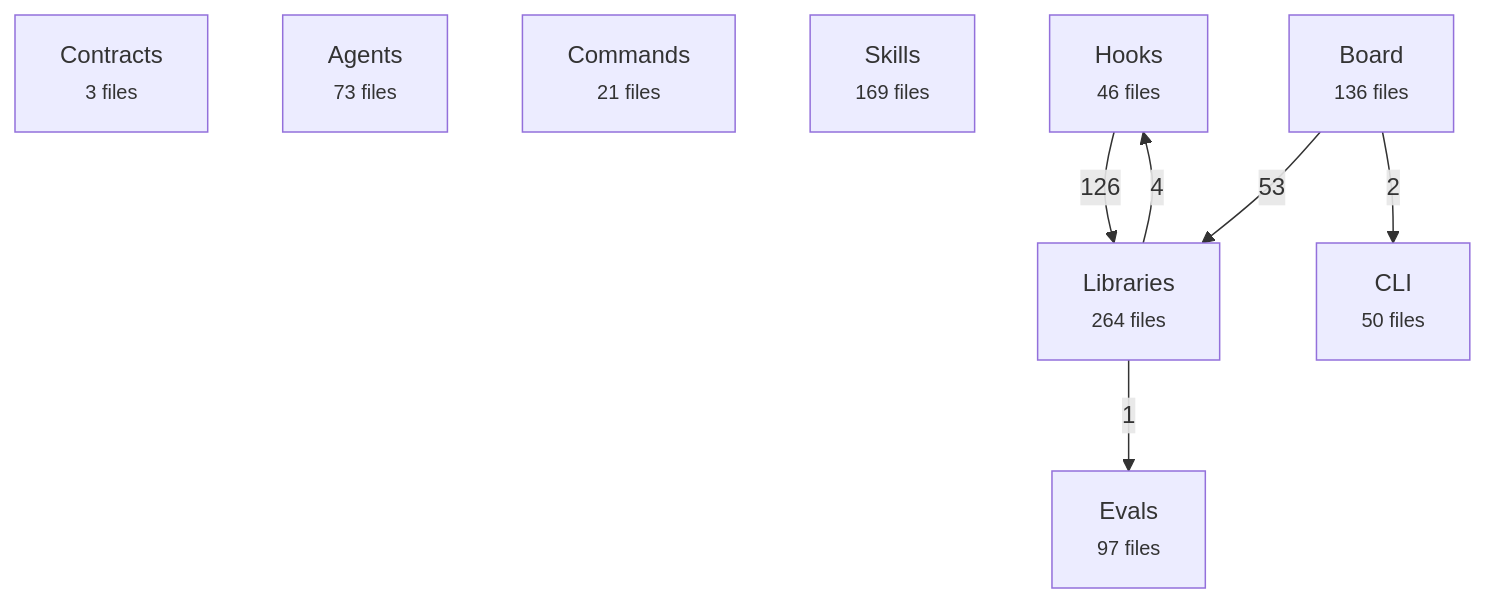
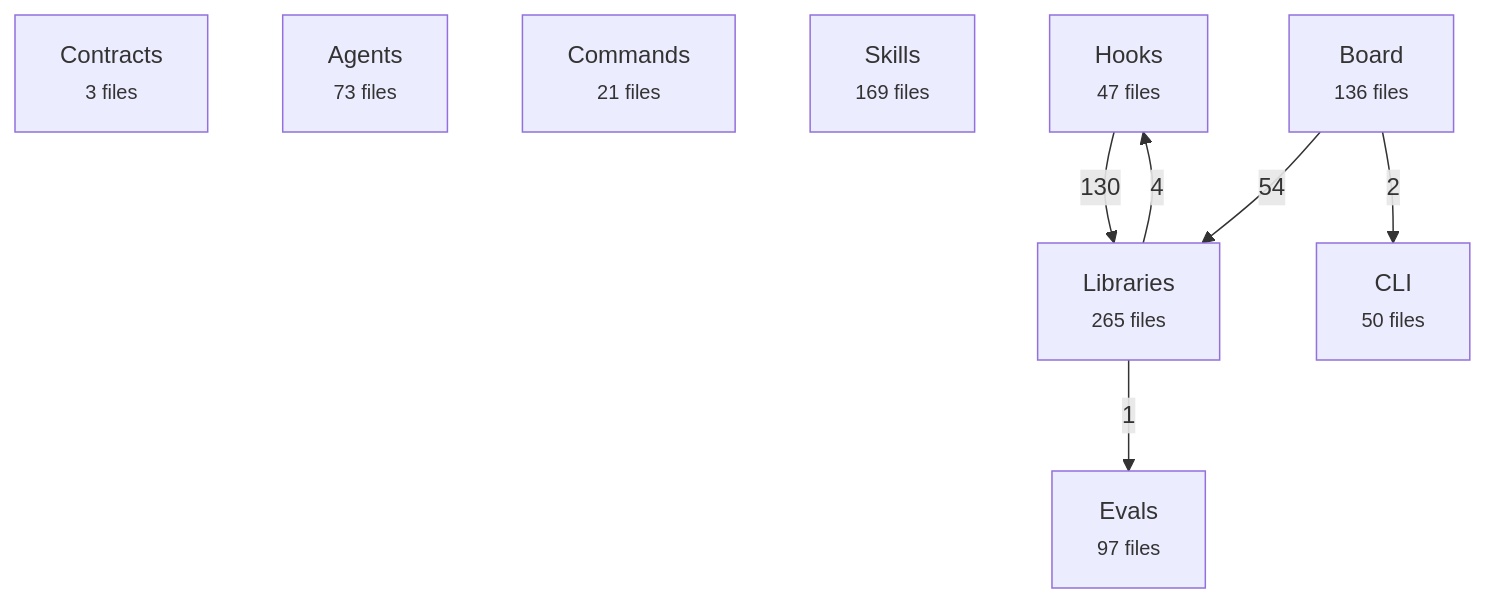
One commit to avelikiy/great_cto changed the first of 2 diagrams in docs/reference/architecture-map.md. Above: the diagram before and after it, drawn with Mermaid. The commit also changed other lines of this file and 14 other files, not shown here.

````diff
--- a/docs/reference/architecture-map.md
+++ b/docs/reference/architecture-map.md
@@ -20,17 +20,17 @@
 ```mermaid
 flowchart TD
   contracts["Contracts<br/><small>3 files</small>"]
   agents["Agents<br/><small>73 files</small>"]
   commands["Commands<br/><small>21 files</small>"]
   skills["Skills<br/><small>169 files</small>"]
-  hooks["Hooks<br/><small>46 files</small>"]
-  libs["Libraries<br/><small>264 files</small>"]
+  hooks["Hooks<br/><small>47 files</small>"]
+  libs["Libraries<br/><small>265 files</small>"]
   board["Board<br/><small>136 files</small>"]
   cli["CLI<br/><small>50 files</small>"]
   evals["Evals<br/><small>97 files</small>"]
-  hooks -->|126| libs
-  board -->|53| libs
+  hooks -->|130| libs
+  board -->|54| libs
   libs -->|4| hooks
   board -->|2| cli
   libs -->|1| evals
 ```
````
